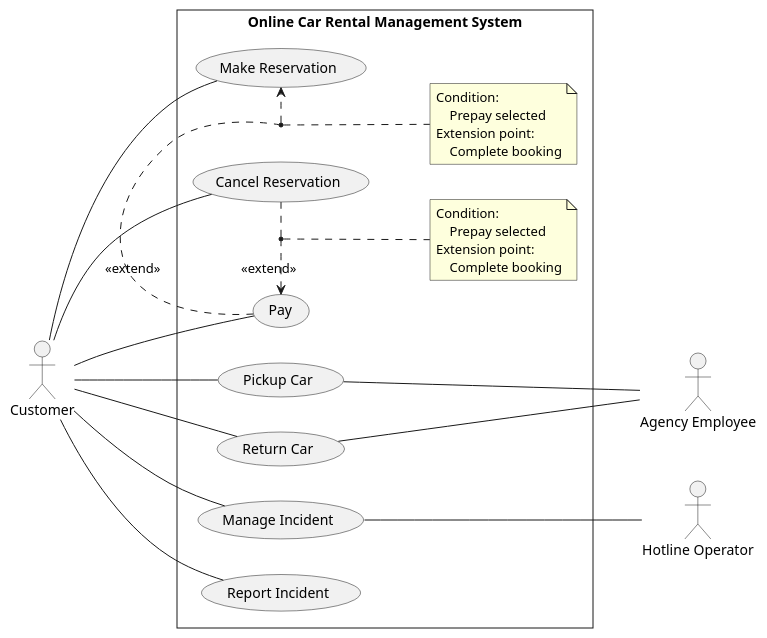
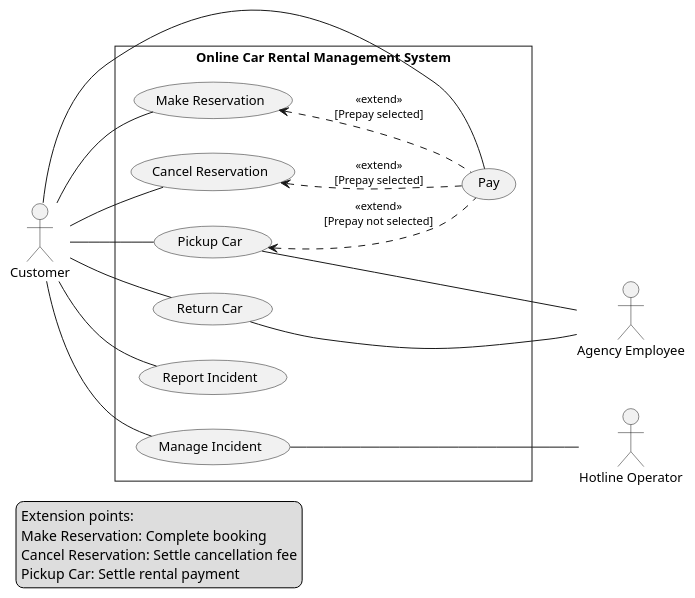
Before and after one commit to chill-cats/MIAGE-I2S-Software-Design: the diagram in digrams/usecase/usecase.pu, drawn with PlantUML. The commit also changed 7 other files, not shown here.

Commit message:
refactor: update diagrams and reports for improved clarity and structure

```diff
--- a/digrams/usecase/usecase.pu
+++ b/digrams/usecase/usecase.pu
@@ -1,67 +1,61 @@
 @startuml usecase
-allowmixing
 left to right direction
 skinparam style strictuml
 skinparam PackageStyle rectangle
-
+skinparam shadowing false
+skinparam nodesep 35
+skinparam ranksep 55
+skinparam defaultFontSize 13
+skinparam ArrowFontSize 11
+skinparam NoteFontSize 11
 
 actor "Customer" as Customer
 actor "Agency Employee" as AgencyEmployee
 actor "Hotline Operator" as HotlineOperator
 ' actor "Payment Service Provider" as PaymentServiceProvider
 
 rectangle "Online Car Rental Management System" as System {
-    usecase "Pay" as Pay
+    ' Keep the customer goals in a single, ordered column.
     usecase "Make Reservation" as Reserve
-
+    usecase "Cancel Reservation" as Cancel
     usecase "Pickup Car" as Pickup
     usecase "Return Car" as Return
+    usecase "Report Incident" as ReportIncident
     usecase "Manage Incident" as ManageIncident
-    usecase "Cancel Reservation" as Cancel
-    usecase "Report Incident" as ReportIncident
+    usecase "Pay" as Pay
 
-Pay .right.> Reserve : <<extend>>
-note as N1
-    Condition:
-        Prepay selected
-    Extension point:
-        Complete booking
-end note
+    Reserve -[hidden]right-> Cancel
+    Cancel -[hidden]right-> Pickup
+    Pickup -[hidden]right-> Return
+    Return -[hidden]right-> ReportIncident
+    ReportIncident -[hidden]right-> ManageIncident
 
-(Pay, Reserve) .. N1
+    ' Put the shared payment extension beside the booking/pickup goals.
+    Pay .up.> Reserve : <<extend>>\n[Prepay selected]
+    Pay .up.> Cancel : <<extend>>\n[Prepay selected]
+    Pay .up.> Pickup : <<extend>>\n[Prepay not selected]
 
-Pay .left.> Cancel : <<extend>>
-note as N2
-    Condition:
-        Prepay selected
-    Extension point:
-        Complete booking
-end note
-(Pay, Cancel) ..N2
 }
 
-
 Customer -- Reserve
-
+Customer -- Cancel
+Customer -- Pickup
+Customer -- Return
+Customer -- ReportIncident
+Customer -- ManageIncident
 Customer -- Pay
 ' Pay --- PaymentServiceProvider
 
-Customer -- Pickup
+Pickup -- AgencyEmployee
+Return -- AgencyEmployee
+ManageIncident -- HotlineOperator
+Pay -[hidden]down-> AgencyEmployee
+AgencyEmployee -[hidden]right-> HotlineOperator
 
-Customer -- Return
-
-Customer -- ReportIncident
-
-Customer -- Cancel
-
-Customer -- ManageIncident
-ManageIncident --- HotlineOperator
-
-Pickup --- AgencyEmployee
-Return --- AgencyEmployee
-
-
-
-
-
+legend bottom left
+  Extension points:
+  Make Reservation: Complete booking
+  Cancel Reservation: Settle cancellation fee
+  Pickup Car: Settle rental payment
+endlegend
 @enduml
```
